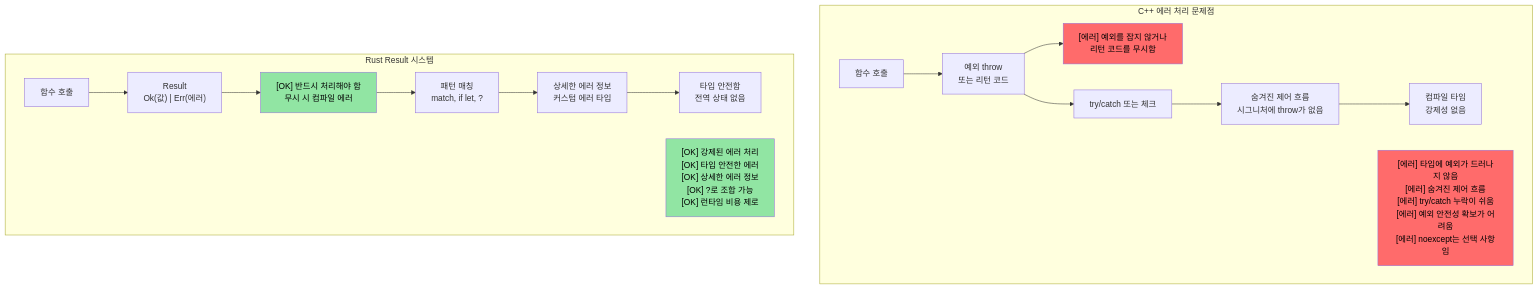
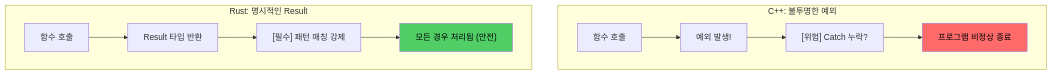
One commit to partrita/RustTraining changed the diagram in c-cpp-book/src/ch09-error-handling.md. Above: the diagram before and after it, drawn with Mermaid. The commit also changed other lines of this file and 157 other files, not shown here.

````diff
--- a/c-cpp-book/src/ch09-error-handling.md
+++ b/c-cpp-book/src/ch09-error-handling.md
@@ -199,41 +102,17 @@
 ```mermaid
 graph TD
-    subgraph "C++ 에러 처리 문제점"
-        CF["함수 호출"]
-        CR["예외 throw<br/>또는 리턴 코드"]
-        CIGNORE["[에러] 예외를 잡지 않거나<br/>리턴 코드를 무시함"]
-        CCHECK["try/catch 또는 체크"]
-        CERROR["숨겨진 제어 흐름<br/>시그니처에 throw가 없음"]
-        CERRNO["컴파일 타임<br/>강제성 없음"]
-        
-        CF --> CR
-        CR --> CIGNORE
-        CR --> CCHECK
-        CCHECK --> CERROR
-        CERROR --> CERRNO
-        
-        CPROBLEMS["[에러] 타입에 예외가 드러나지 않음<br/>[에러] 숨겨진 제어 흐름<br/>[에러] try/catch 누락이 쉬움<br/>[에러] 예외 안전성 확보가 어려움<br/>[에러] noexcept는 선택 사항임"]
+    subgraph "C++: 불투명한 예외"
+        C_FUNC["함수 호출"] --> C_THROW["예외 발생!"]
+        C_THROW --> C_MISS["[위험] Catch 누락?"]
+        C_MISS --> C_CRASH["프로그램 비정상 종료"]
     end
     
-    subgraph "Rust Result<T, E> 시스템"
-        RF["함수 호출"]
-        RR["Result<T, E><br/>Ok(값) | Err(에러)"]
-        RMUST["[OK] 반드시 처리해야 함<br/>무시 시 컴파일 에러"]
-        RMATCH["패턴 매칭<br/>match, if let, ?"]
-        RDETAIL["상세한 에러 정보<br/>커스텀 에러 타입"]
-        RSAFE["타입 안전함<br/>전역 상태 없음"]
-        
-        RF --> RR
-        RR --> RMUST
-        RMUST --> RMATCH
-        RMATCH --> RDETAIL
-        RDETAIL --> RSAFE
-        
-        RBENEFITS["[OK] 강제된 에러 처리<br/>[OK] 타입 안전한 에러<br/>[OK] 상세한 에러 정보<br/>[OK] ?로 조합 가능<br/>[OK] 런타임 비용 제로"]
+    subgraph "Rust: 명시적인 Result"
+        R_FUNC["함수 호출"] --> R_RESULT["Result 타입 반환"]
+        R_RESULT --> R_MUST["[필수] 패턴 매칭 강제"]
+        R_MUST --> R_SAFE["모든 경우 처리됨 (안전)"]
     end
-    
-    style CPROBLEMS fill:#ff6b6b,color:#000
-    style RBENEFITS fill:#91e5a3,color:#000
-    style CIGNORE fill:#ff6b6b,color:#000
-    style RMUST fill:#91e5a3,color:#000
+
+    style C_CRASH fill:#ff6b6b,color:#000
+    style R_SAFE fill:#51cf66,color:#000
 ```
````
